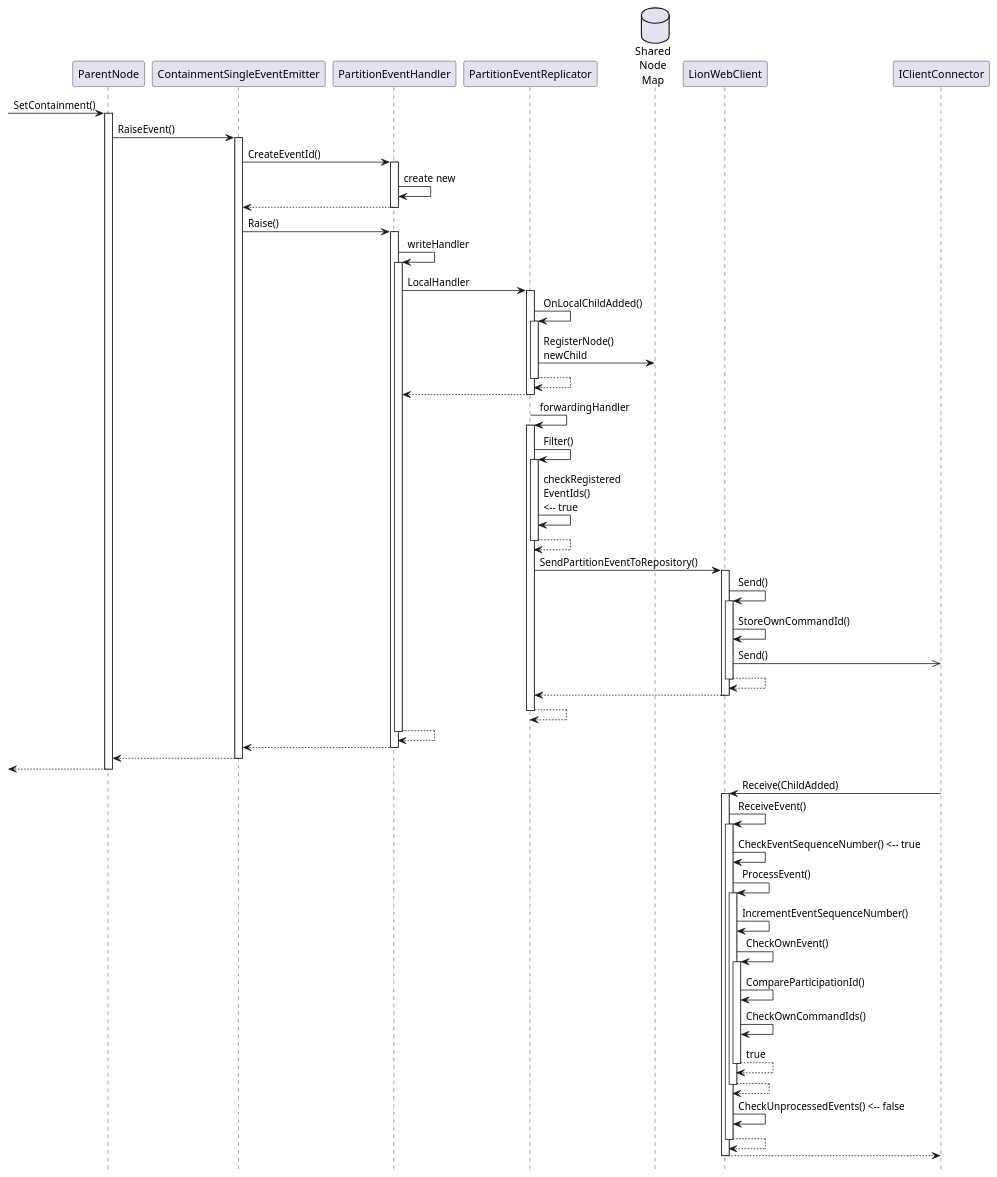
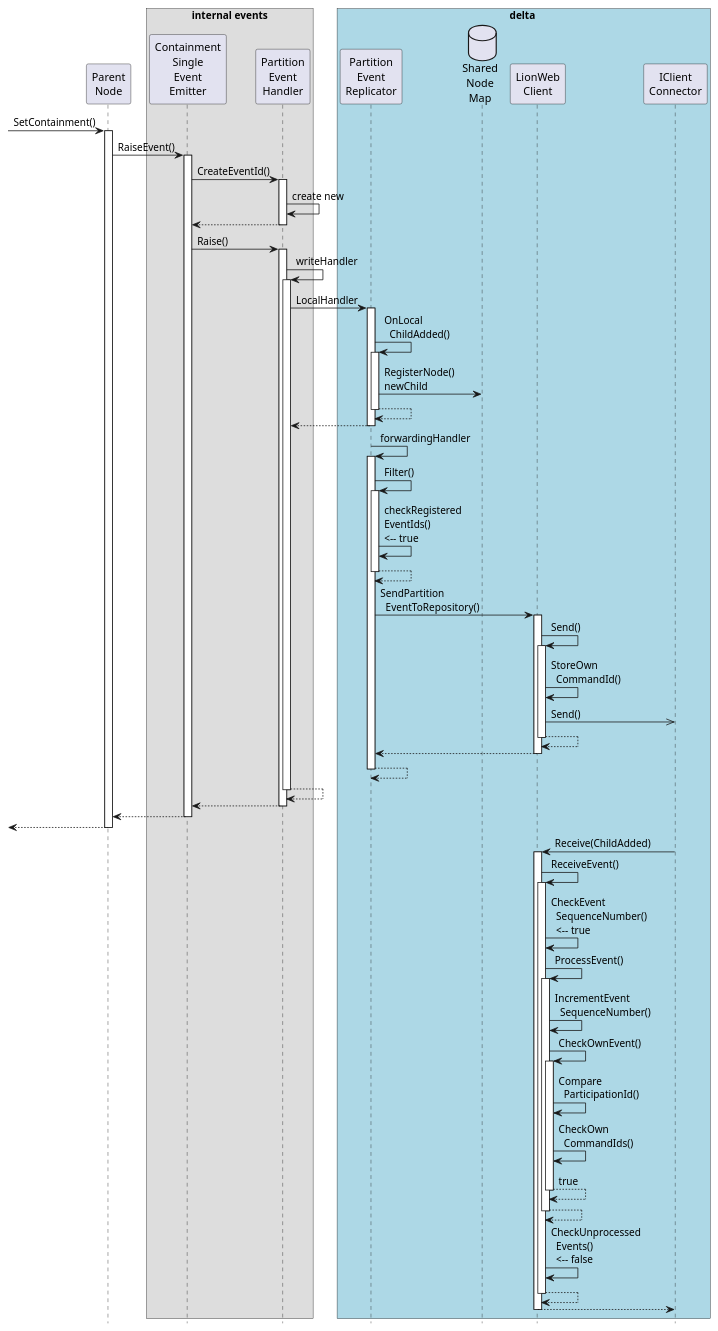
The diagram in docs/client-send-command.puml (LionWeb-io/lionweb-csharp), drawn with PlantUML before and after one commit. The commit also changed 2 other files, not shown here.

```diff
--- a/docs/client-send-command.puml
+++ b/docs/client-send-command.puml
@@ -1,54 +1,58 @@
 @startuml
 hide footbox
 
-participant "ParentNode" as parentNode
-participant "ContainmentSingleEventEmitter" as emitter
-participant "PartitionEventHandler" as commander
-participant "PartitionEventReplicator" as replicator
-database "Shared\nNode\nMap" as sharedNodeMap
-participant "LionWebClient" as client
-participant "IClientConnector" as connector
+participant "Parent\nNode" as parentNode
+box internal events
+    participant "Containment\nSingle\nEvent\nEmitter" as emitter
+    participant "Partition\nEvent\nHandler" as commander
+end box
+box delta #lightblue
+    participant "Partition\nEvent\nReplicator" as replicator
+    database "Shared\nNode\nMap" as sharedNodeMap
+    participant "LionWeb\nClient" as client
+    participant "IClient\nConnector" as connector
+end box
 
 [-> parentNode++: SetContainment()
     parentNode -> emitter ++: RaiseEvent()
         emitter -> commander ++: CreateEventId()
             commander -> commander: create new
         return
         emitter -> commander ++: Raise()
             commander -> commander ++: writeHandler
                 commander -> replicator ++: LocalHandler
-                    replicator -> replicator ++: OnLocalChildAdded()
+                    replicator -> replicator ++: OnLocal\n  ChildAdded()
                         replicator -> sharedNodeMap: RegisterNode()\nnewChild
                     return
                 return
                 replicator -> replicator ++: forwardingHandler
                     replicator -> replicator ++: Filter()
                         replicator -> replicator: checkRegistered\nEventIds()\n<-- true
                     return
-                    replicator -> client ++: SendPartitionEventToRepository()
+                    replicator -> client ++: SendPartition\n  EventToRepository()
                         client -> client ++: Send()
-                            client -> client: StoreOwnCommandId()
+                            client -> client: StoreOwn\n  CommandId()
                             client ->> connector: Send()
                         return
                     return
                 return 
             return
         return
     return
 return
 
 connector -> client ++: Receive(ChildAdded)
     client -> client ++: ReceiveEvent()
-        client -> client: CheckEventSequenceNumber() <-- true
+        client -> client: CheckEvent\n  SequenceNumber()\n  <-- true
         client -> client ++: ProcessEvent()
-            client -> client: IncrementEventSequenceNumber()
+            client -> client: IncrementEvent\n  SequenceNumber()
             client -> client ++: CheckOwnEvent()
-                client -> client: CompareParticipationId()
-                client -> client: CheckOwnCommandIds()
+                client -> client: Compare\n  ParticipationId()
+                client -> client: CheckOwn\n  CommandIds()
             return true
         return
-        client -> client: CheckUnprocessedEvents() <-- false
+        client -> client: CheckUnprocessed\n  Events()\n  <-- false
     return
 return
 
 @enduml
```
